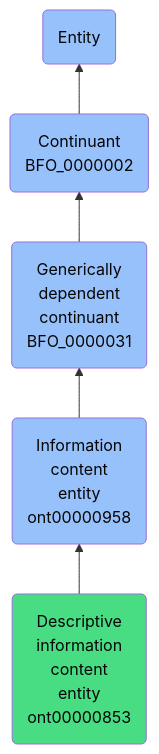
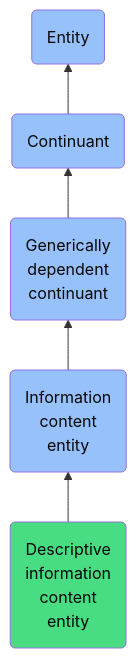
The diagram in docs/ontology/reference/model/Entity/Continuant/Generically dependent continuant/Information content entity/Descriptive information content entity/Descriptive information content entity.md (jupyter-naas/abi), drawn with Mermaid before and after one commit. The commit also changed other lines of this file and 1430 other files, not shown here.

````diff
--- a/docs/ontology/reference/model/Entity/Continuant/Generically dependent continuant/Information content entity/Descriptive information content entity/Descriptive information content entity.md
+++ b/docs/ontology/reference/model/Entity/Continuant/Generically dependent continuant/Information content entity/Descriptive information content entity/Descriptive information content entity.md
@@ -24,12 +24,12 @@
 ```mermaid
 graph BT
-    ont00000853(Descriptive<br>information<br>content<br>entity<br>ont00000853):::ABI-->ont00000958
-    ont00000958(Information<br>content<br>entity<br>ont00000958):::BFO-->BFO_0000031
-    BFO_0000031(Generically<br>dependent<br>continuant<br>BFO_0000031):::BFO-->BFO_0000002
-    BFO_0000002(Continuant<br>BFO_0000002):::BFO-->BFO_0000001
+    ont00000853(Descriptive<br>information<br>content<br>entity):::ABI-->ont00000958
+    ont00000958(Information<br>content<br>entity):::BFO-->BFO_0000031
+    BFO_0000031(Generically<br>dependent<br>continuant):::BFO-->BFO_0000002
+    BFO_0000002(Continuant):::BFO-->BFO_0000001
     BFO_0000001(Entity):::BFO
     
     classDef BFO fill:#97c1fb,color:#060606
     classDef CCO fill:#e4c51e,color:#060606
     classDef ABI fill:#48DD82,color:#060606
 ```
````
